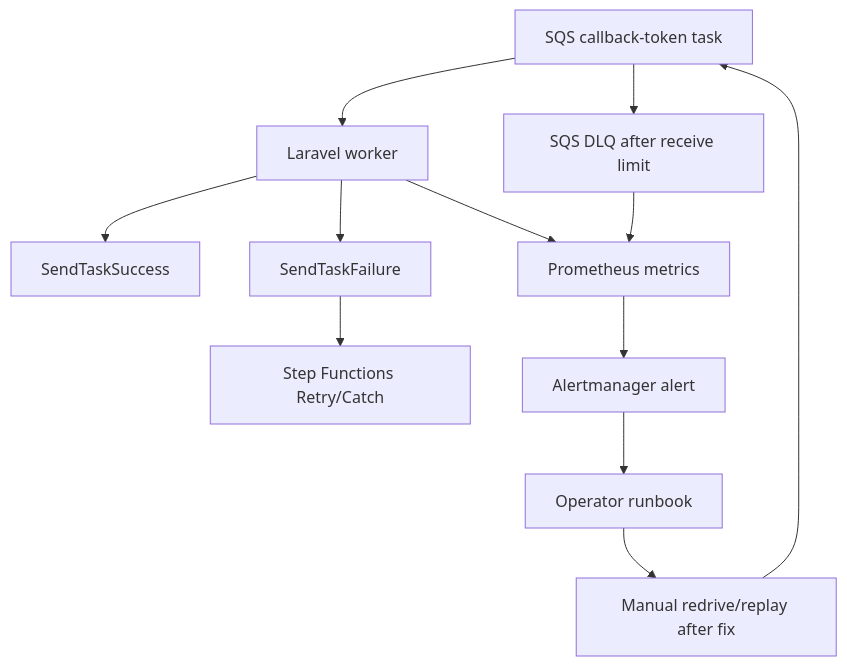
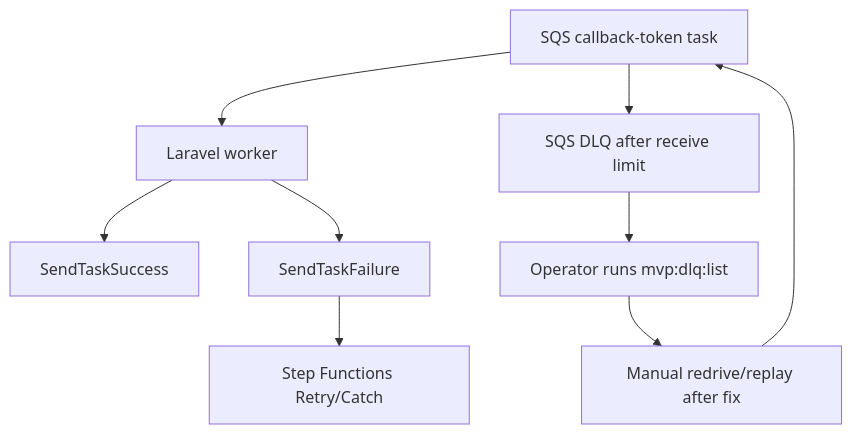
One commit to aLittleByte-19/MVP changed the diagram in docs/runbooks/dlq-recovery.md. Above: the diagram before and after it, drawn with Mermaid. The commit also changed other lines of this file and 20 other files, not shown here.

````diff
--- a/docs/runbooks/dlq-recovery.md
+++ b/docs/runbooks/dlq-recovery.md
@@ -20,25 +20,20 @@
 ```mermaid
 flowchart TD
   task["SQS callback-token task"]
   worker["Laravel worker"]
   success["SendTaskSuccess"]
   failure["SendTaskFailure"]
   retry["Step Functions Retry/Catch"]
   dlq["SQS DLQ after receive limit"]
-  metrics["Prometheus metrics"]
-  alert["Alertmanager alert"]
-  operator["Operator runbook"]
+  operator["Operator runs mvp:dlq:list"]
   replay["Manual redrive/replay after fix"]
 
   task --> worker
   worker --> success
   worker --> failure
   failure --> retry
   task --> dlq
-  worker --> metrics
-  dlq --> metrics
-  metrics --> alert
-  alert --> operator
+  dlq --> operator
   operator --> replay
   replay --> task
 ```
````
